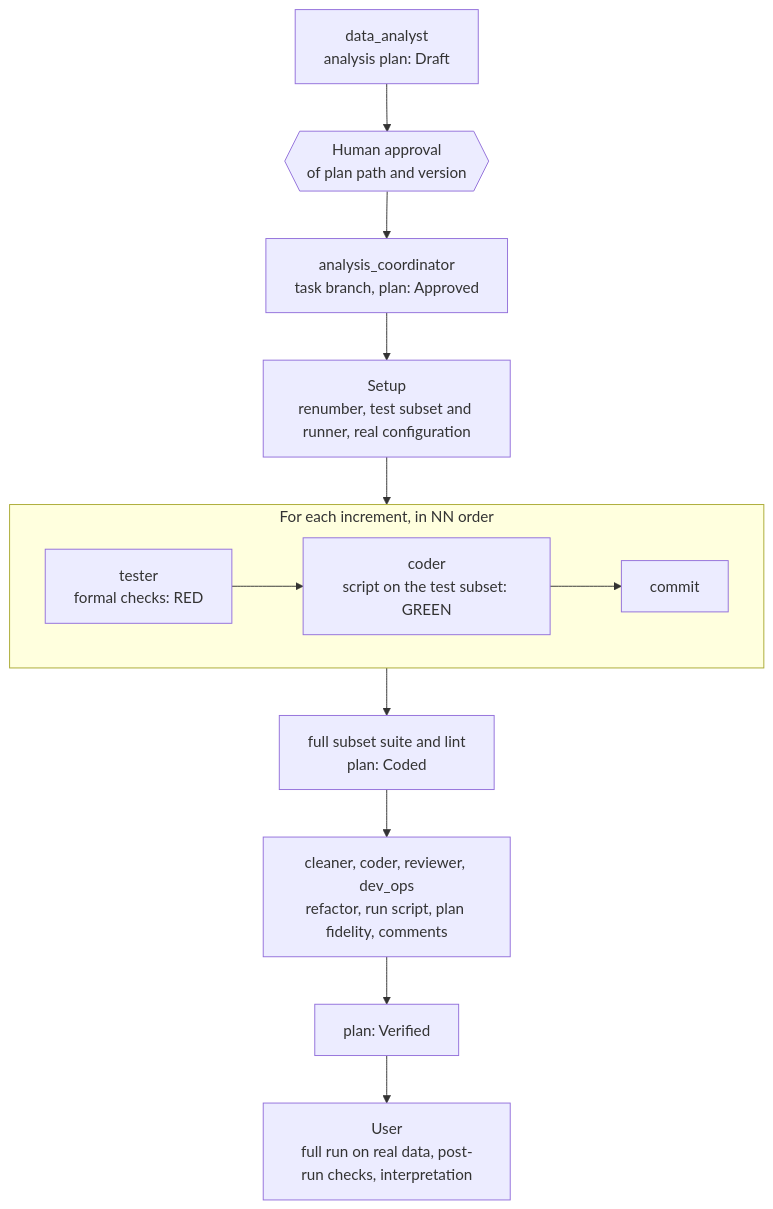
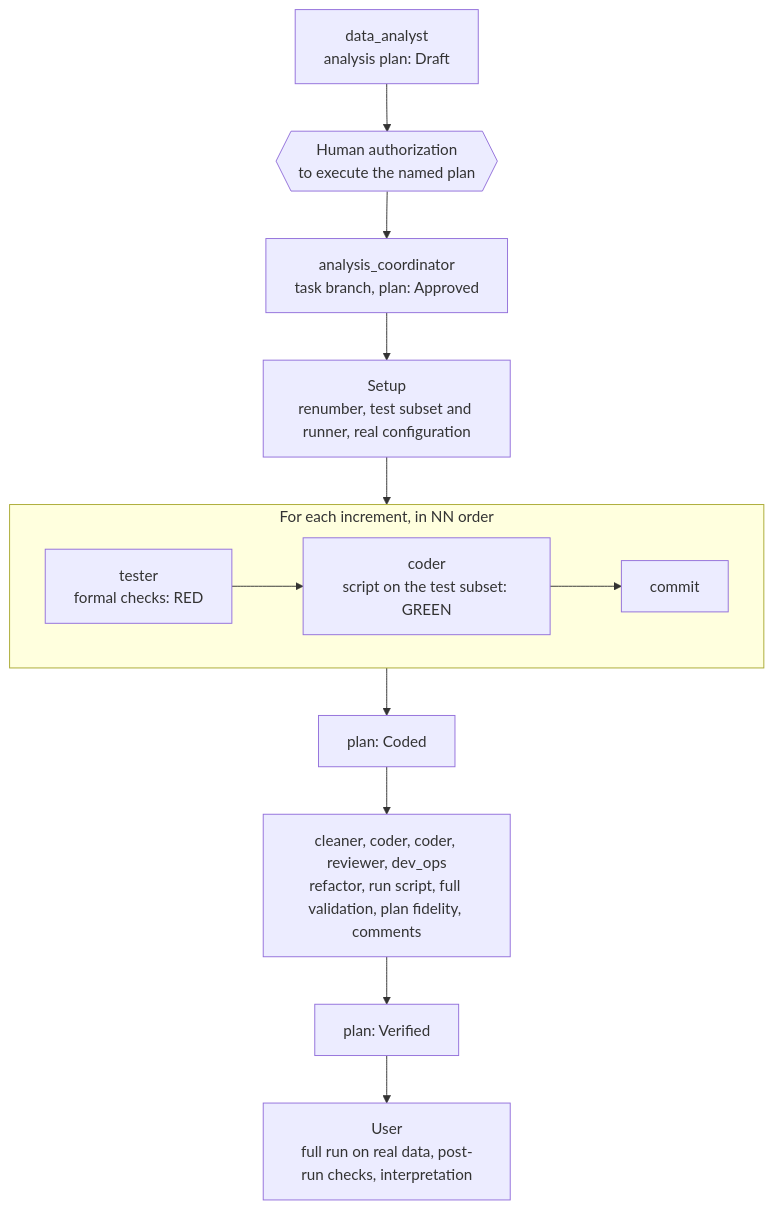
One commit to yocra3/AI_agents changed the second of 2 diagrams in README.md. Above: the diagram before and after it, drawn with Mermaid. The commit also changed 9 other files, not shown here.

First line of the commit message:
feat(analysis): delegate validation and simplify the coordinator

````diff
--- a/README.md
+++ b/README.md
@@ -73,15 +73,15 @@
 ```mermaid
 flowchart TD
-    DA["data_analyst<br/>analysis plan: Draft"] --> HA{{"Human approval<br/>of plan path and version"}}
+    DA["data_analyst<br/>analysis plan: Draft"] --> HA{{"Human authorization<br/>to execute the named plan"}}
     HA --> AC["analysis_coordinator<br/>task branch, plan: Approved"]
     AC --> SE["Setup<br/>renumber, test subset and runner, real configuration"]
     SE --> INC
     subgraph INC ["For each increment, in NN order"]
         direction LR
         T["tester<br/>formal checks: RED"] --> C["coder<br/>script on the test subset: GREEN"] --> CM["commit"]
     end
-    INC --> CO["full subset suite and lint<br/>plan: Coded"]
-    CO --> FI["cleaner, coder, reviewer, dev_ops<br/>refactor, run script, plan fidelity, comments"]
+    INC --> CO["plan: Coded"]
+    CO --> FI["cleaner, coder, coder, reviewer, dev_ops<br/>refactor, run script, full validation, plan fidelity, comments"]
     FI --> VE["plan: Verified"]
     VE --> US["User<br/>full run on real data, post-run checks, interpretation"]
 ```
````
